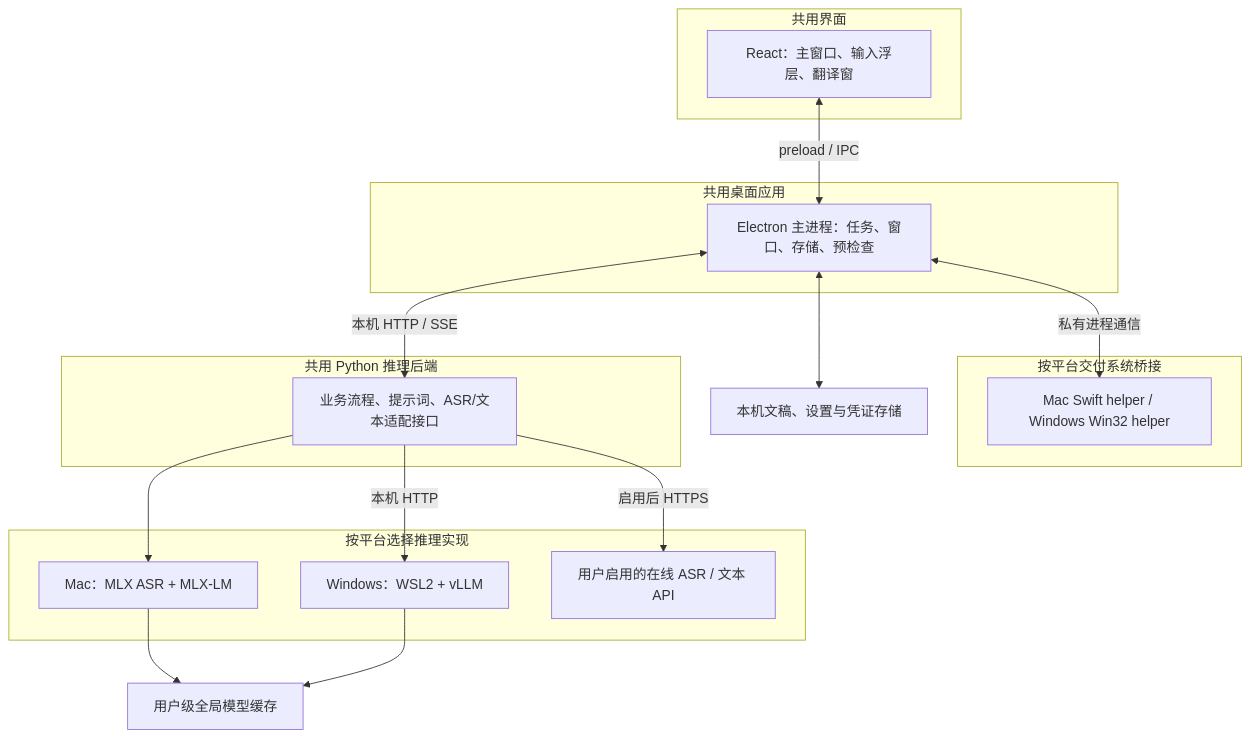
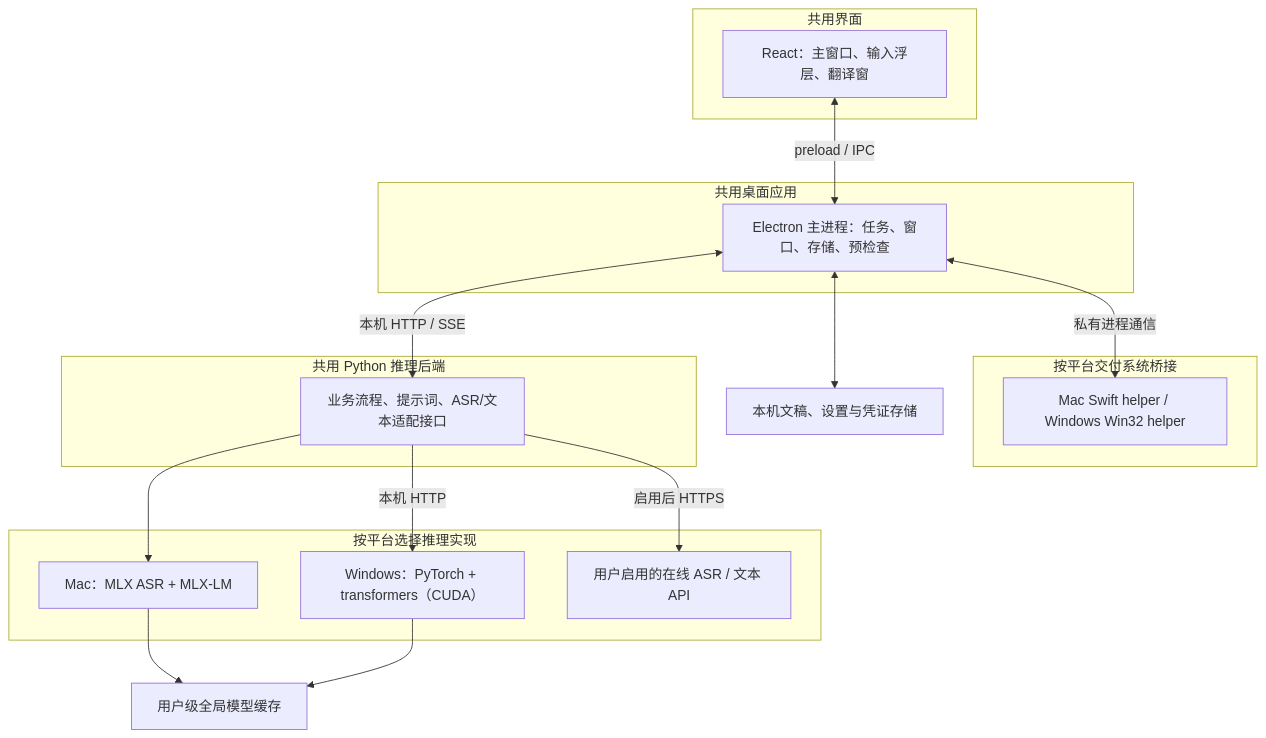
Before and after one commit to Happenmass/Yanmo: the first of 2 diagrams in docs/architecture/electron_00_Overview_顶层架构.md, drawn with Mermaid. The commit also changed other lines of this file and 44 other files, not shown here.

````diff
--- a/docs/architecture/electron_00_Overview_顶层架构.md
+++ b/docs/architecture/electron_00_Overview_顶层架构.md
@@ -60,31 +60,31 @@
 ```mermaid
 flowchart TB
     subgraph UI["共用界面"]
         R["React：主窗口、输入浮层、翻译窗"]
     end
     subgraph APP["共用桌面应用"]
         M["Electron 主进程：任务、窗口、存储、预检查"]
     end
     subgraph OS["按平台交付系统桥接"]
         N["Mac Swift helper / Windows Win32 helper"]
     end
     subgraph BACKEND["共用 Python 推理后端"]
         B["业务流程、提示词、ASR/文本适配接口"]
     end
     subgraph ENGINE["按平台选择推理实现"]
         X["Mac：MLX ASR + MLX-LM"]
-        V["Windows：WSL2 + vLLM"]
+        V["Windows：PyTorch + transformers（CUDA）"]
         A["用户启用的在线 ASR / 文本 API"]
     end
     D["本机文稿、设置与凭证存储"]
     W["用户级全局模型缓存"]
     R <-->|"preload / IPC"| M
     M <-->|"私有进程通信"| N
     M <-->|"本机 HTTP / SSE"| B
     M <--> D
     B --> X
     B -->|"本机 HTTP"| V
     B -->|"启用后 HTTPS"| A
     X --> W
     V --> W
 ```
````
